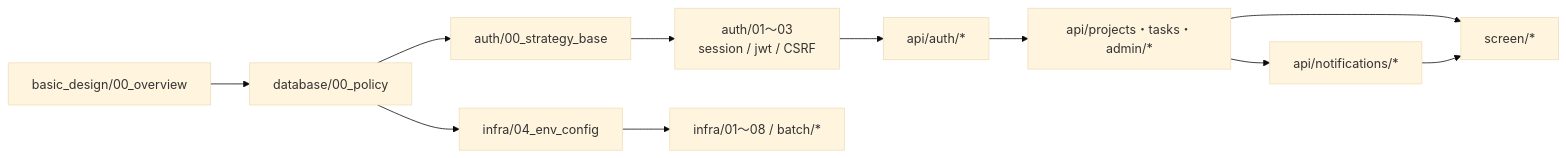
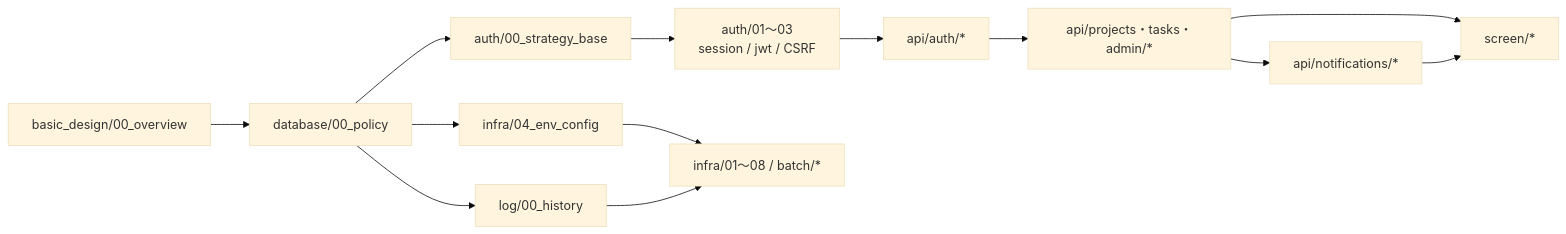
One commit to oikawa-d/task_management changed the diagram in detailed_design/README.md. Above: the diagram before and after it, drawn with Mermaid (base theme). The commit also changed other lines of this file and 21 other files, not shown here.

````diff
--- a/detailed_design/README.md
+++ b/detailed_design/README.md
@@ -13,13 +13,15 @@
 ```mermaid
 flowchart LR
     A["basic_design/00_overview"] --> B["database/00_policy"]
     B --> C["auth/00_strategy_base"]
     C --> D["auth/01〜03<br/>session / jwt / CSRF"]
     D --> E["api/auth/*"]
     E --> F["api/projects・tasks・admin/*"]
     F --> G["screen/*"]
     F --> N["api/notifications/*"]
     N --> G
     B --> H["infra/04_env_config"]
     H --> I["infra/01〜08 / batch/*"]
+    B --> L["log/00_history"]
+    L --> I
 ```
````
